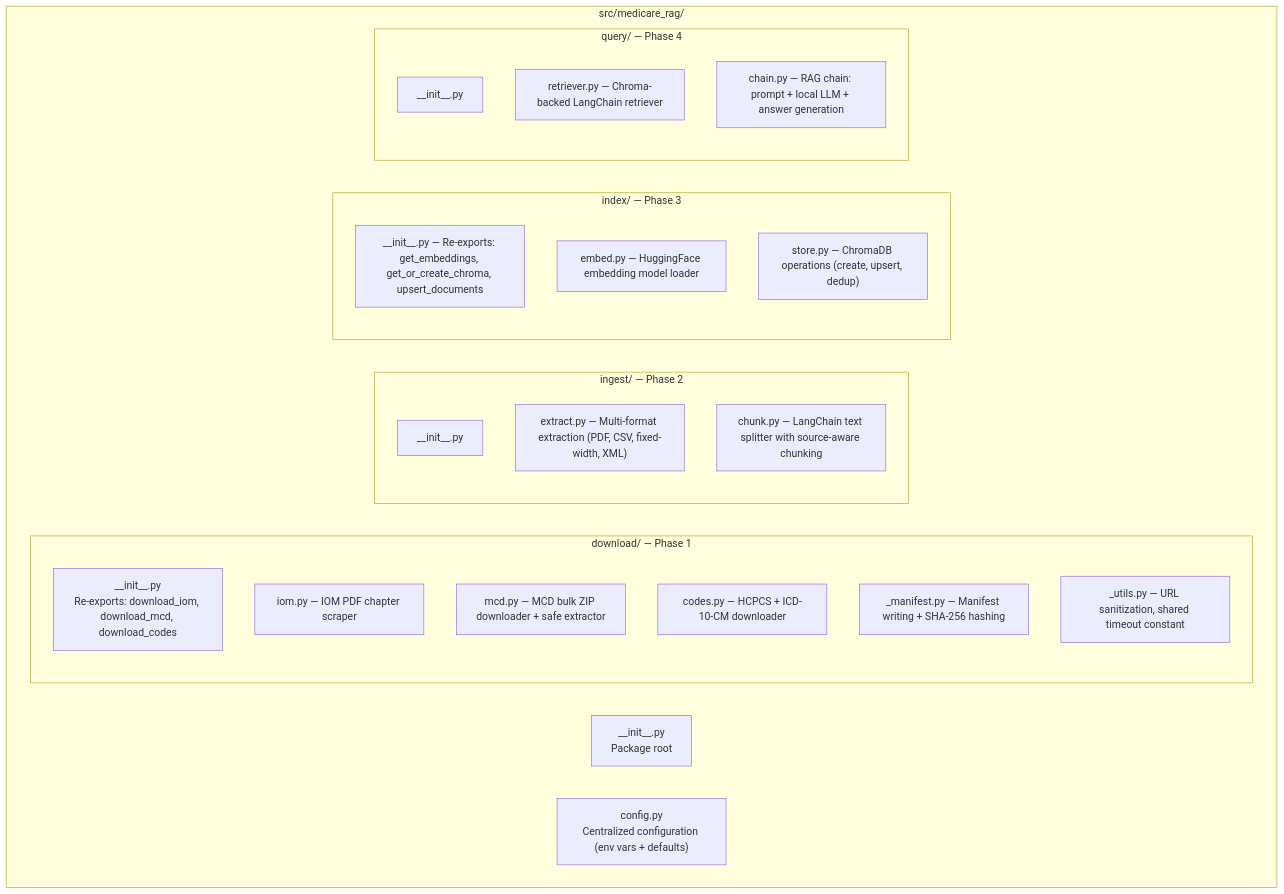
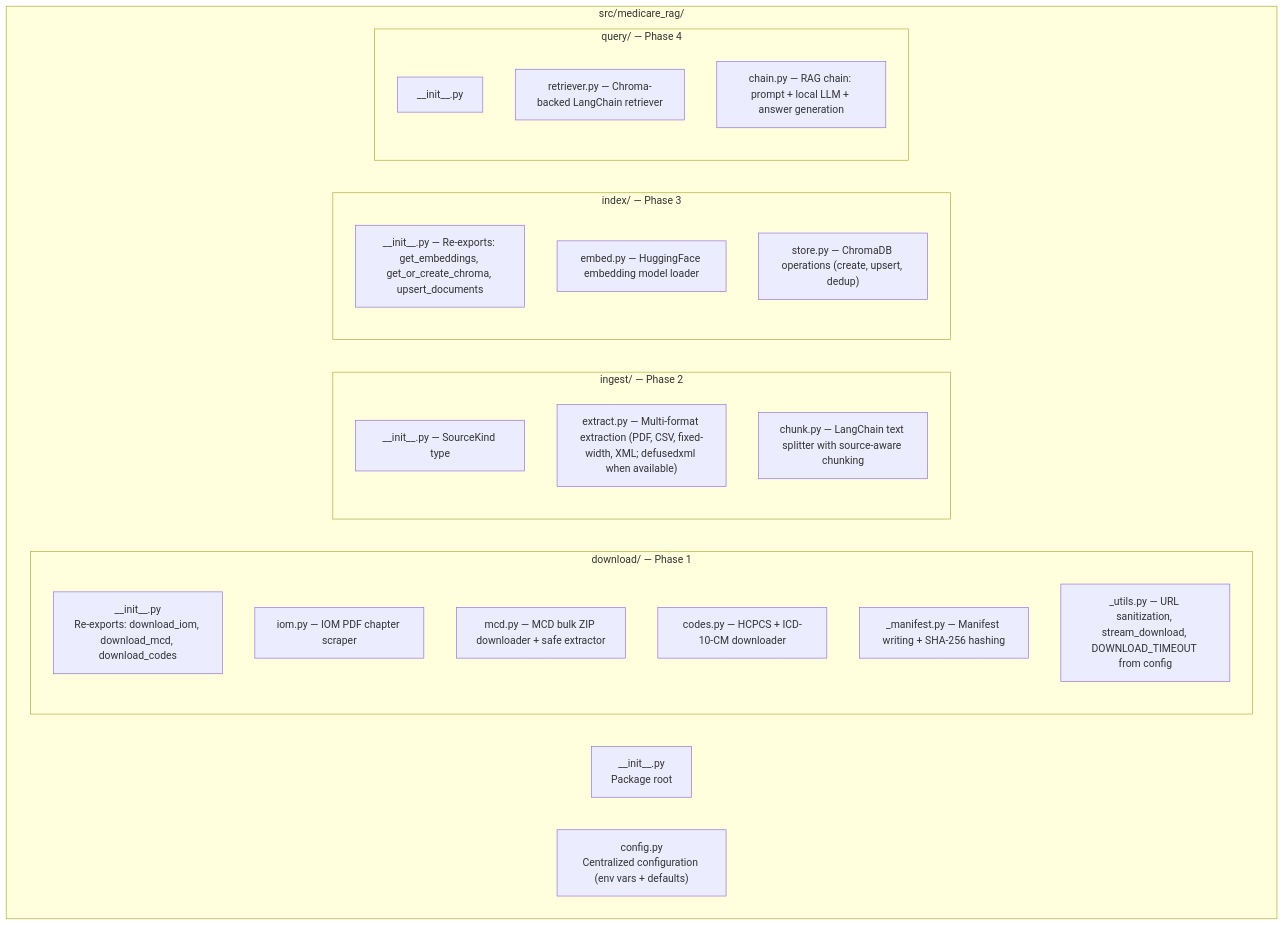
Before and after one commit to csmangum/medicare_rag: the sixth of 7 diagrams in ARCHITECTURE.md, drawn with Mermaid. The commit also changed other lines of this file and 24 other files, not shown here.

````diff
--- a/ARCHITECTURE.md
+++ b/ARCHITECTURE.md
@@ -218,34 +218,34 @@
 ```mermaid
 flowchart TB
   subgraph Root["src/medicare_rag/"]
     Init["__init__.py\nPackage root"]
     Config["config.py\nCentralized configuration (env vars + defaults)"]
 
     subgraph Download["download/ — Phase 1"]
       DInit["__init__.py\nRe-exports: download_iom, download_mcd, download_codes"]
       IOM["iom.py — IOM PDF chapter scraper"]
       MCD["mcd.py — MCD bulk ZIP downloader + safe extractor"]
       Codes["codes.py — HCPCS + ICD-10-CM downloader"]
       Manifest["_manifest.py — Manifest writing + SHA-256 hashing"]
-      Utils["_utils.py — URL sanitization, shared timeout constant"]
+      Utils["_utils.py — URL sanitization, stream_download, DOWNLOAD_TIMEOUT from config"]
     end
 
     subgraph Ingest["ingest/ — Phase 2"]
-      IInit["__init__.py"]
-      Extract["extract.py — Multi-format extraction (PDF, CSV, fixed-width, XML)"]
+      IInit["__init__.py — SourceKind type"]
+      Extract["extract.py — Multi-format extraction (PDF, CSV, fixed-width, XML; defusedxml when available)"]
       Chunk["chunk.py — LangChain text splitter with source-aware chunking"]
     end
 
     subgraph Index["index/ — Phase 3"]
       IdxInit["__init__.py — Re-exports: get_embeddings, get_or_create_chroma, upsert_documents"]
       Embed["embed.py — HuggingFace embedding model loader"]
       Store["store.py — ChromaDB operations (create, upsert, dedup)"]
     end
 
     subgraph Query["query/ — Phase 4"]
       QInit["__init__.py"]
       Retriever["retriever.py — Chroma-backed LangChain retriever"]
       Chain["chain.py — RAG chain: prompt + local LLM + answer generation"]
     end
   end
 ```
````
